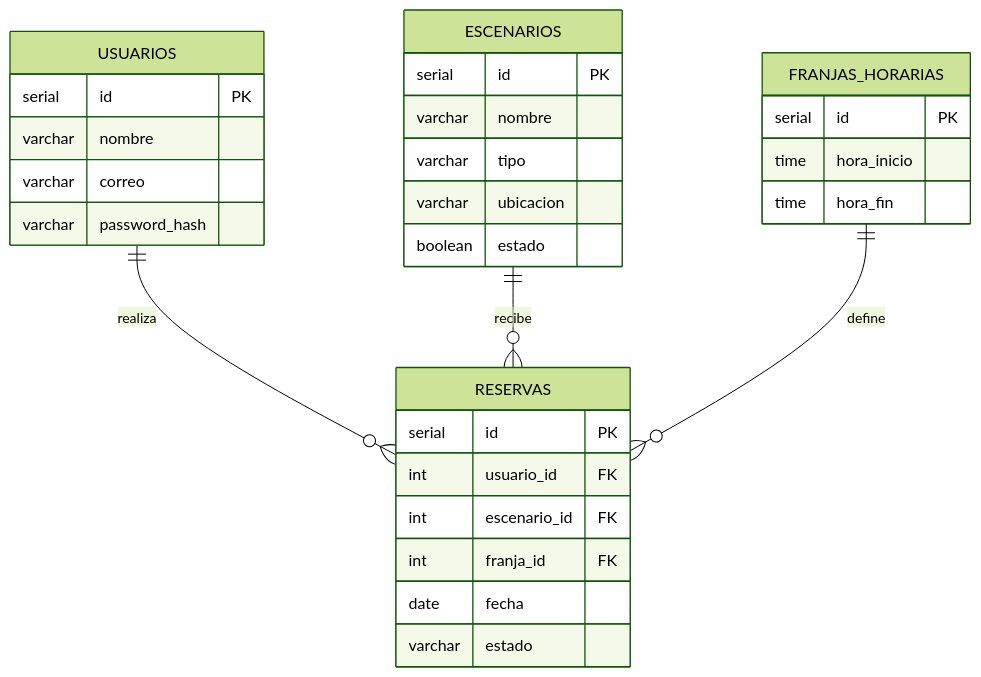
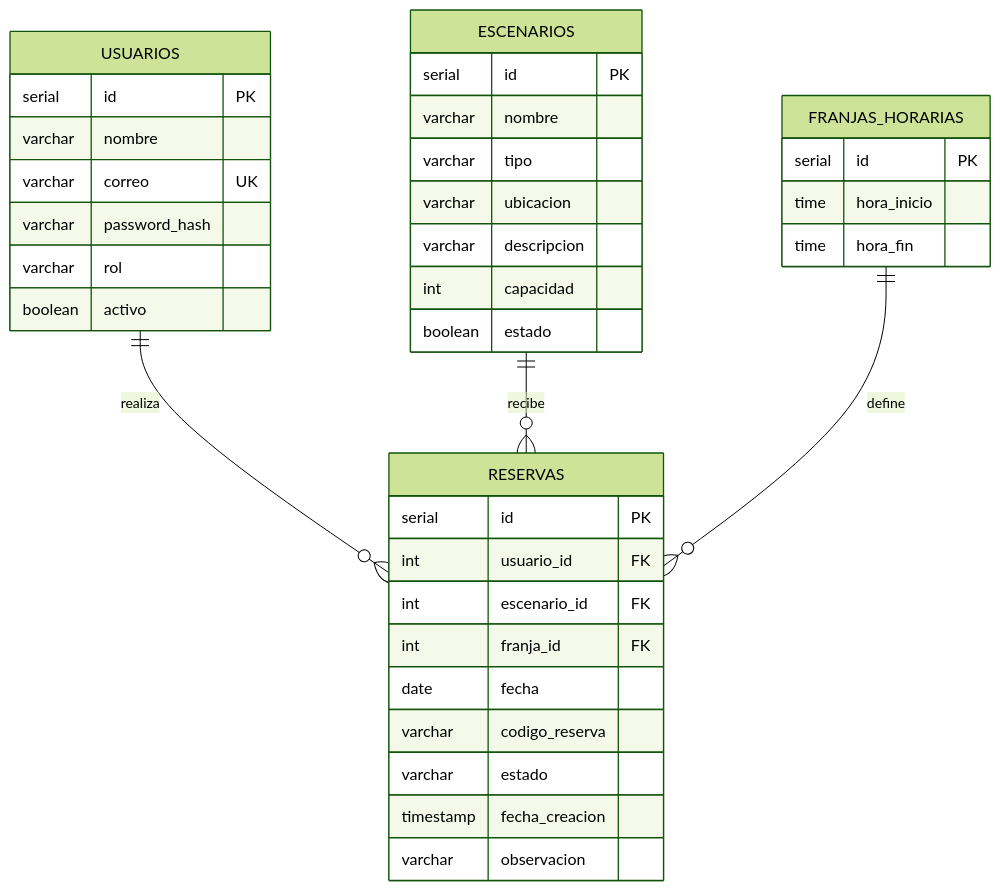
One commit to zandrewsssz78-blip/ArenaHub changed the diagram in docs/esquema-bd.md. Above: the diagram before and after it, drawn with Mermaid (forest theme).

Commit message:
corrección

````diff
--- a/docs/esquema-bd.md
+++ b/docs/esquema-bd.md
@@ -1,32 +1,39 @@
 ```mermaid
 erDiagram
   USUARIOS ||--o{ RESERVAS : realiza
-ESCENARIOS ||--o{ RESERVAS : recibe
-FRANJAS_HORARIAS ||--o{ RESERVAS : define
-USUARIOS {
-serial id PK
-varchar nombre
-varchar correo 
-varchar password_hash
-}
-ESCENARIOS {
-serial id PK
-varchar nombre
-varchar tipo
-varchar ubicacion
-boolean estado
-}
-FRANJAS_HORARIAS {
-serial id PK
-time hora_inicio
-time hora_fin
-}
-RESERVAS {
-serial id PK
-int usuario_id FK
-int escenario_id FK
-int franja_id FK
-date fecha
-varchar estado
+  ESCENARIOS ||--o{ RESERVAS : recibe
+  FRANJAS_HORARIAS ||--o{ RESERVAS : define
+  USUARIOS {
+    serial id PK
+    varchar nombre
+    varchar correo UK
+    varchar password_hash
+    varchar rol
+    boolean activo
+  }
+  ESCENARIOS {
+    serial id PK
+    varchar nombre
+    varchar tipo
+    varchar ubicacion
+    varchar descripcion
+    int capacidad
+    boolean estado
+  }
+  FRANJAS_HORARIAS {
+    serial id PK
+    time hora_inicio
+    time hora_fin
+  }
+  RESERVAS {
+    serial id PK
+    int usuario_id FK
+    int escenario_id FK
+    int franja_id FK
+    date fecha
+    varchar codigo_reserva
+    varchar estado
+    timestamp fecha_creacion
+    varchar observacion
   }
 ```
````
